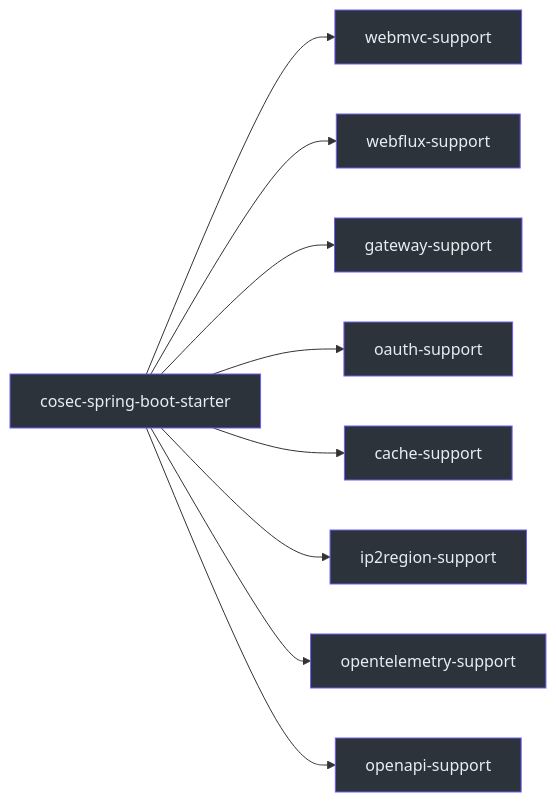
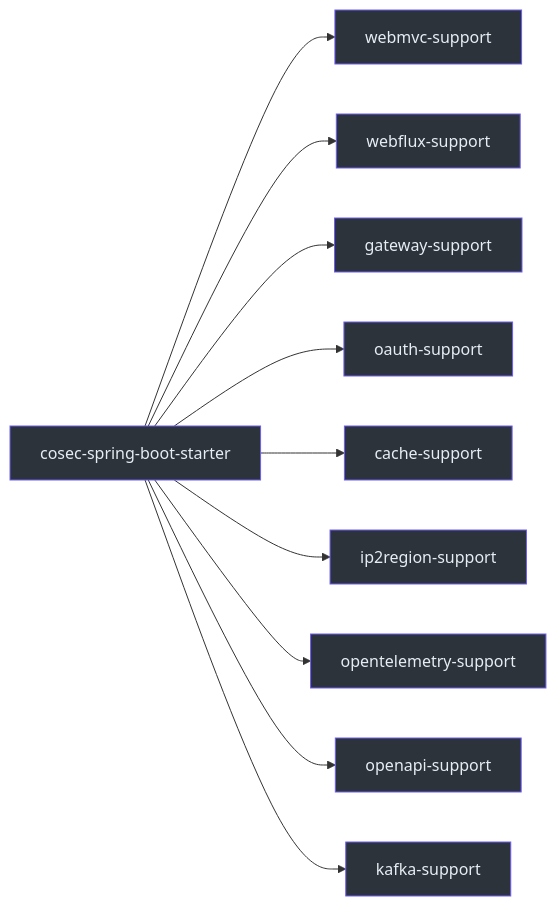
The third of 3 diagrams in wiki/getting-started/configuration.md (Ahoo-Wang/CoSec), drawn with Mermaid before and after one commit. The commit also changed other lines of this file and 12 other files, not shown here.

````diff
--- a/wiki/getting-started/configuration.md
+++ b/wiki/getting-started/configuration.md
@@ -285,22 +307,24 @@
 ```mermaid
 flowchart LR
     STARTER["cosec-spring-boot-starter"] --> W["webmvc-support"]
     STARTER --> WF["webflux-support"]
     STARTER --> GW["gateway-support"]
     STARTER --> OA["oauth-support"]
     STARTER --> CS["cache-support"]
     STARTER --> IP["ip2region-support"]
     STARTER --> OT["opentelemetry-support"]
     STARTER --> OAPI["openapi-support"]
+    STARTER --> K["kafka-support"]
 
     style STARTER fill:#2d333b,stroke:#6d5dfc,color:#e6edf3
     style W fill:#2d333b,stroke:#6d5dfc,color:#e6edf3
     style WF fill:#2d333b,stroke:#6d5dfc,color:#e6edf3
     style GW fill:#2d333b,stroke:#6d5dfc,color:#e6edf3
     style OA fill:#2d333b,stroke:#6d5dfc,color:#e6edf3
     style CS fill:#2d333b,stroke:#6d5dfc,color:#e6edf3
     style IP fill:#2d333b,stroke:#6d5dfc,color:#e6edf3
     style OT fill:#2d333b,stroke:#6d5dfc,color:#e6edf3
     style OAPI fill:#2d333b,stroke:#6d5dfc,color:#e6edf3
+    style K fill:#2d333b,stroke:#6d5dfc,color:#e6edf3
 
 ```
````
